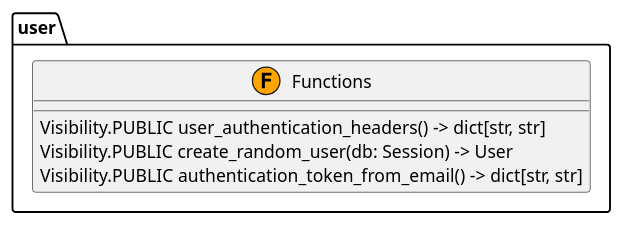
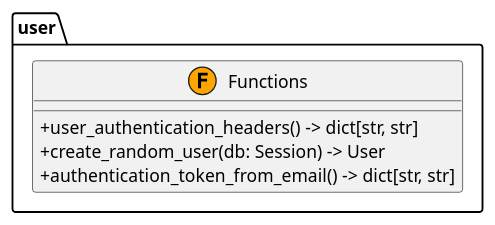
The diagram in docs/source/_generated_uml/user.puml (jswans33/my-full-stack-fastapi-template), drawn with PlantUML before and after one commit. The commit also changed 50 other files, not shown here.

Commit message:
Add configuration module for UML generator and update visibility in UML diagrams

```diff
--- a/docs/source/_generated_uml/user.puml
+++ b/docs/source/_generated_uml/user.puml
@@ -1,13 +1,13 @@
 @startuml
 skinparam classAttributeIconSize 0
 
 package "user" {
   class Functions <<(F,orange)>> {
-    Visibility.PUBLIC user_authentication_headers() -> dict[str, str]
-    Visibility.PUBLIC create_random_user(db: Session) -> User
-    Visibility.PUBLIC authentication_token_from_email() -> dict[str, str]
+    +user_authentication_headers() -> dict[str, str]
+    +create_random_user(db: Session) -> User
+    +authentication_token_from_email() -> dict[str, str]
   }
 }
 
 ' Relationships
 @enduml
```
